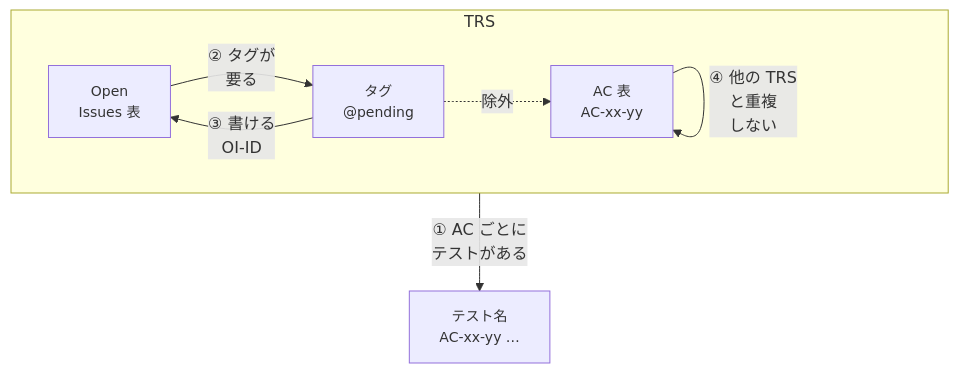
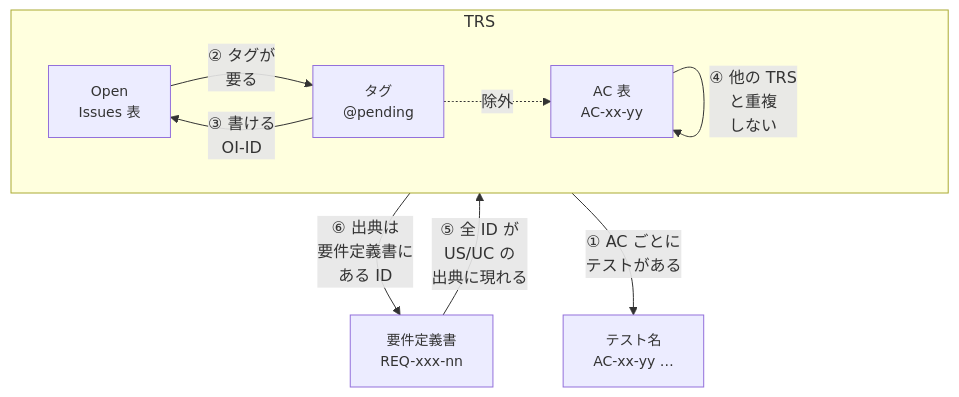
The second of 4 diagrams in docs/testing/03-trs-guideline.md (toshio-shiratori/harness-test-strategy), drawn with Mermaid before and after one commit. The commit also changed other lines of this file and 6 other files, not shown here.

````diff
--- a/docs/testing/03-trs-guideline.md
+++ b/docs/testing/03-trs-guideline.md
@@ -133,16 +142,19 @@
 ```mermaid
 flowchart TB
   classDef default font-size:14px
+  R["要件定義書<br/>REQ-xxx-nn"]
   subgraph TRS["TRS"]
     direction LR
     OI["Open<br/>Issues 表"]
     TAG["タグ<br/>@pending"]
     AC["AC 表<br/>AC-xx-yy"]
     OI -->|"② タグが<br/>要る"| TAG
     TAG -->|"③ 書ける<br/>OI-ID"| OI
     TAG -.->|"除外"| AC
     AC -->|"④ 他の TRS<br/>と重複<br/>しない"| AC
   end
   T["テスト名<br/>AC-xx-yy …"]
+  R -->|"⑤ 全 ID が<br/>US/UC の<br/>出典に現れる"| TRS
+  TRS -->|"⑥ 出典は<br/>要件定義書に<br/>ある ID"| R
   TRS -->|"① AC ごとに<br/>テストがある"| T
 ```
````
